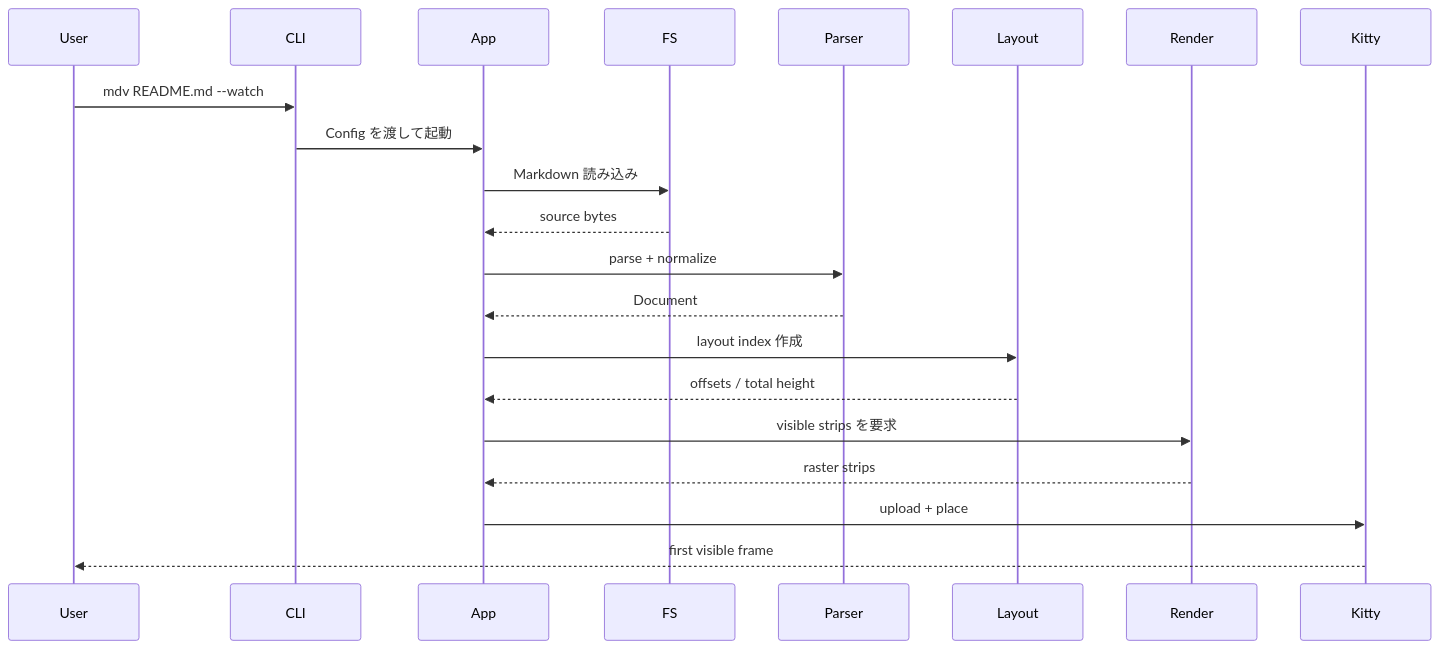
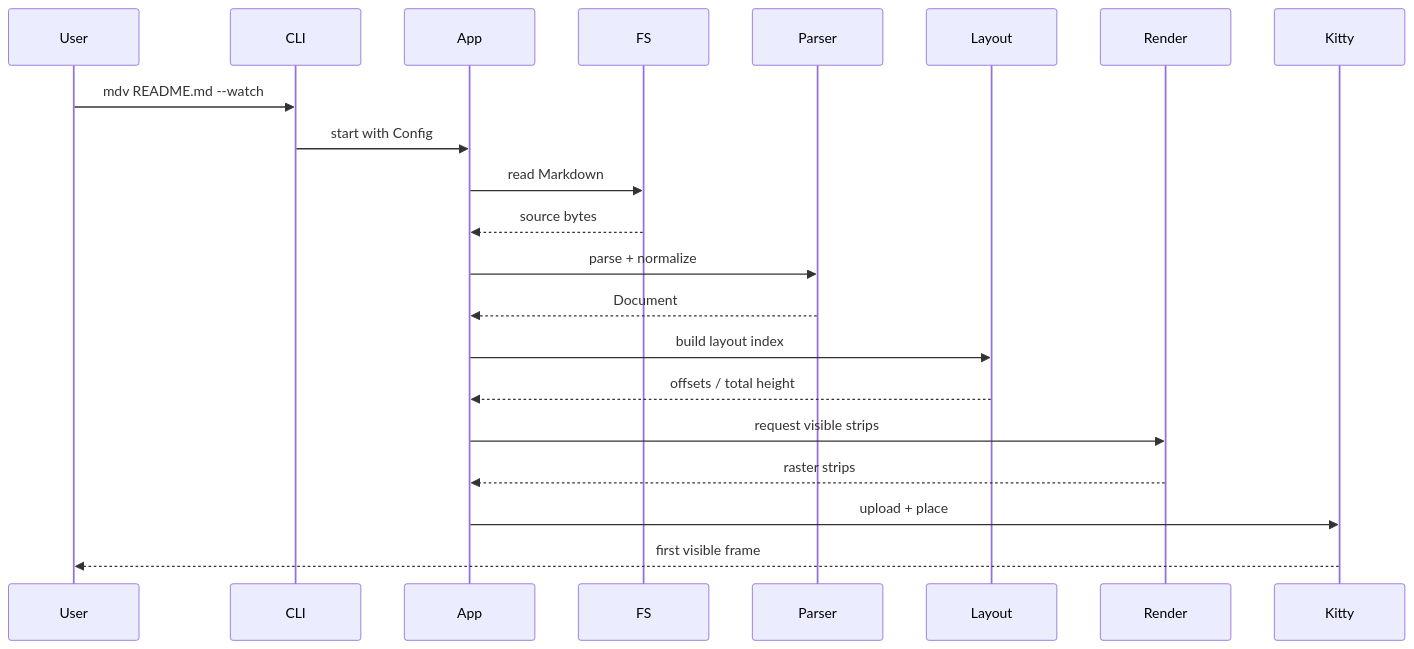
Before and after one commit to posaune0423/mdv: the fourth of 9 diagrams in docs/plan/init.md, drawn with Mermaid. The commit also changed other lines of this file and 17 other files, not shown here.

````diff
--- a/docs/plan/init.md
+++ b/docs/plan/init.md
@@ -203,24 +203,24 @@
 ```mermaid
 sequenceDiagram
     participant User
     participant CLI
     participant App
     participant FS
     participant Parser
     participant Layout
     participant Render
     participant Kitty
 
     User->>CLI: mdv README.md --watch
-    CLI->>App: Config を渡して起動
-    App->>FS: Markdown 読み込み
+    CLI->>App: start with Config
+    App->>FS: read Markdown
     FS-->>App: source bytes
     App->>Parser: parse + normalize
     Parser-->>App: Document
-    App->>Layout: layout index 作成
+    App->>Layout: build layout index
     Layout-->>App: offsets / total height
-    App->>Render: visible strips を要求
+    App->>Render: request visible strips
     Render-->>App: raster strips
     App->>Kitty: upload + place
     Kitty-->>User: first visible frame
 ```
````
